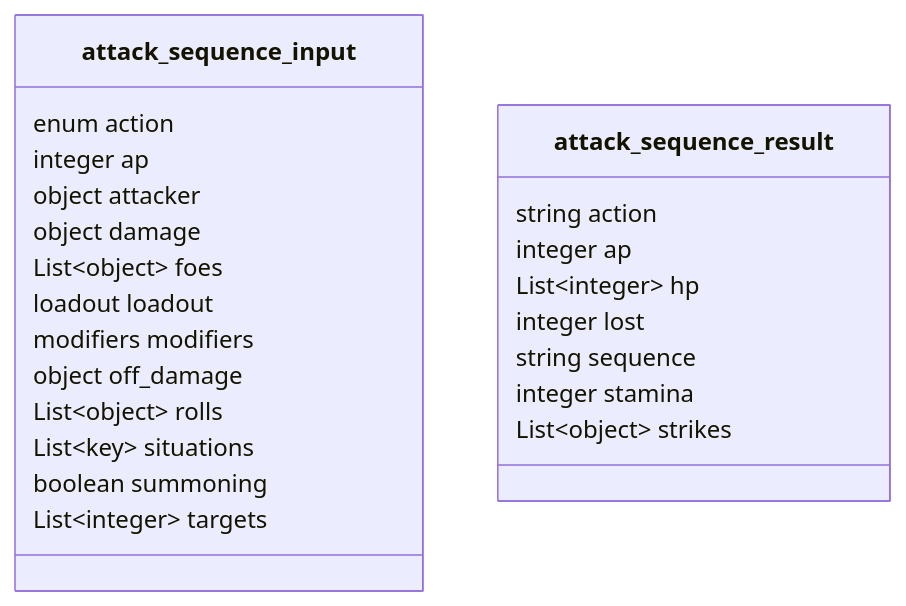
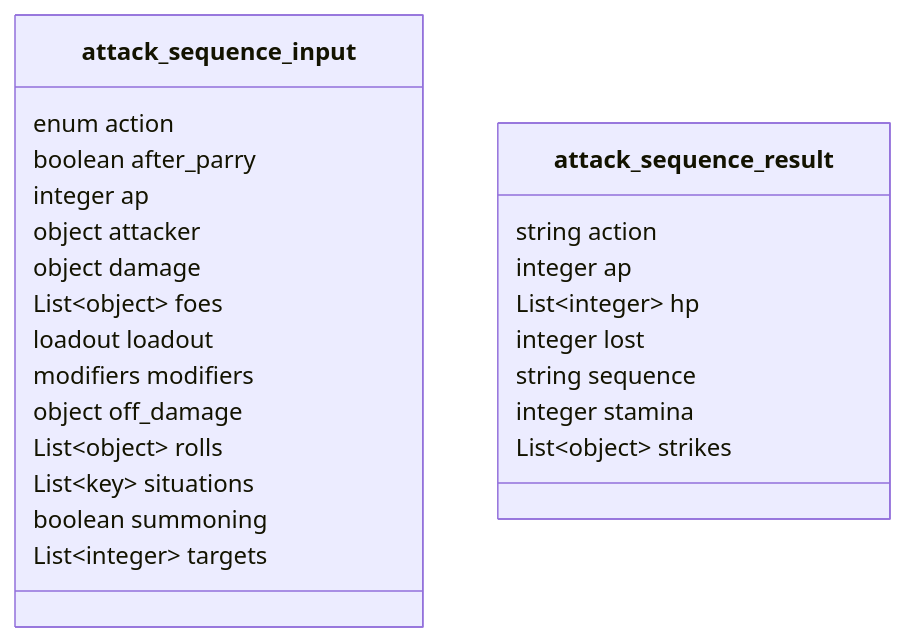
The fourth of 28 diagrams in docs/backend/contract-diagram.md (SETA1609/riftweave-core), drawn with Mermaid before and after one commit. The commit also changed other lines of this file and 18 other files, not shown here.

````diff
--- a/docs/backend/contract-diagram.md
+++ b/docs/backend/contract-diagram.md
@@ -152,26 +152,27 @@
 ```mermaid
 classDiagram
     class attack_sequence_input {
         enum action
+        boolean after_parry
         integer ap
         object attacker
         object damage
         List~object~ foes
         loadout loadout
         modifiers modifiers
         object off_damage
         List~object~ rolls
         List~key~ situations
         boolean summoning
         List~integer~ targets
     }
     class attack_sequence_result {
         string action
         integer ap
         List~integer~ hp
         integer lost
         string sequence
         integer stamina
         List~object~ strikes
     }
 ```
````
